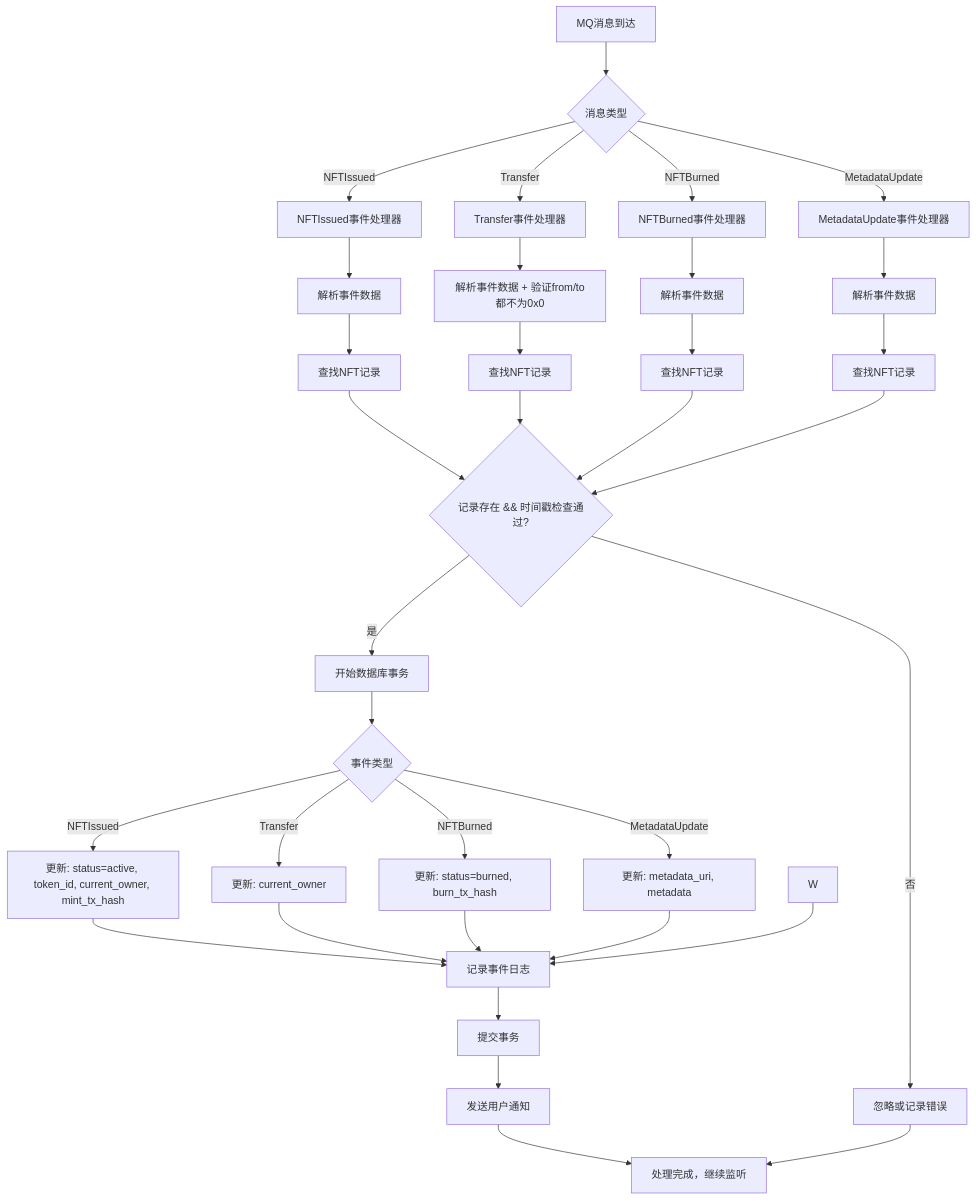
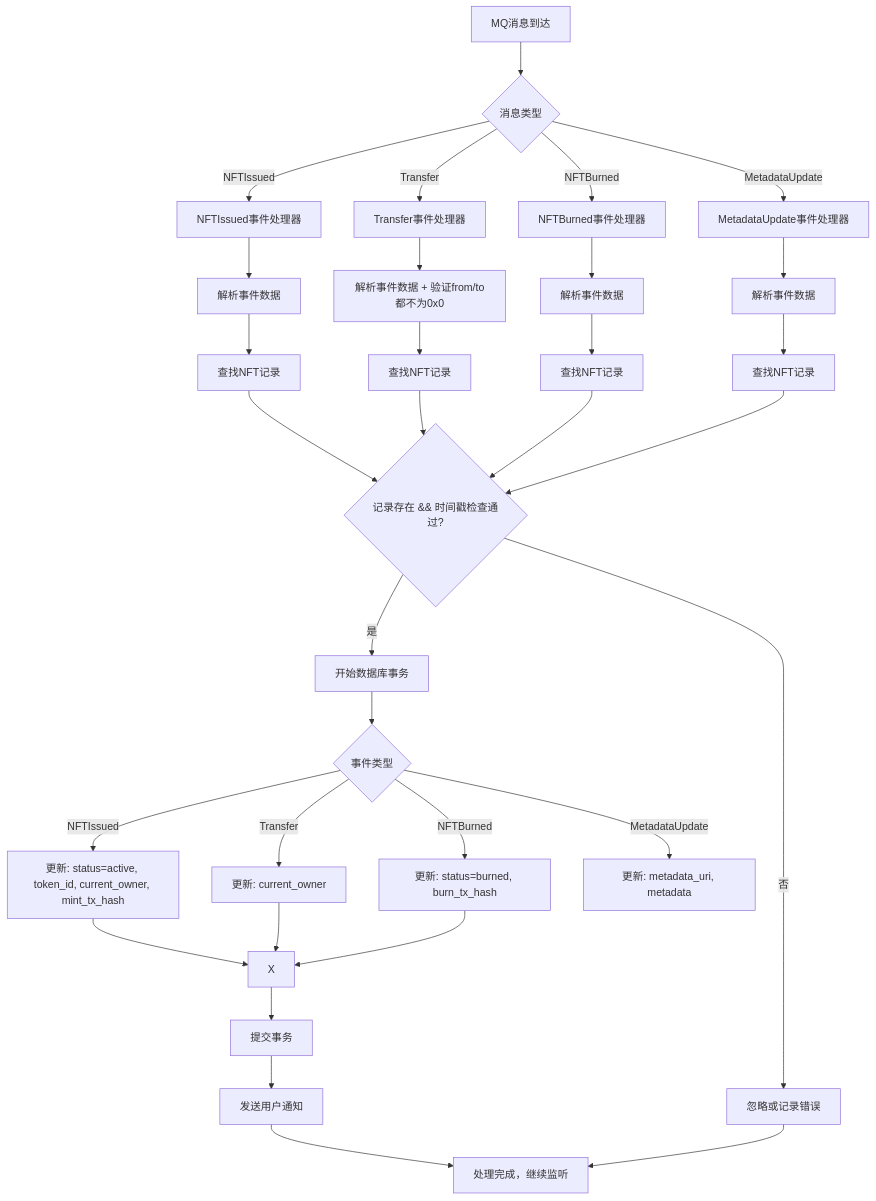
One commit to yingjianzh/iodraw-files changed the diagram in all/未命名-71.md. Above: the diagram before and after it, drawn with Mermaid.

Commit message:
2025-07-03 17:40:51 update

````diff
--- a/all/未命名-71.md
+++ b/all/未命名-71.md
@@ -1,47 +1,46 @@
 ```mermaid
 flowchart TD
     A[MQ消息到达] --> B{消息类型}
     
     %% 四种事件类型
     B -->|NFTIssued| C[NFTIssued事件处理器]
     B -->|Transfer| D[Transfer事件处理器]
     B -->|NFTBurned| E[NFTBurned事件处理器]
     B -->|MetadataUpdate| F[MetadataUpdate事件处理器]
     
     %% 通用处理流程
     C --> G[解析事件数据]
     D --> H[解析事件数据 + 验证from/to都不为0x0]
     E --> I[解析事件数据]
     F --> J[解析事件数据]
     
     G --> K[查找NFT记录]
     H --> L[查找NFT记录]
     I --> M[查找NFT记录]
     J --> N[查找NFT记录]
     
     K --> O{记录存在 && 时间戳检查通过?}
     L --> O
     M --> O
     N --> O
     
     O -->|否| P[忽略或记录错误]
     O -->|是| Q[开始数据库事务]
     
     Q --> R{事件类型}
     R -->|NFTIssued| S[更新: status=active, token_id, current_owner, mint_tx_hash]
     R -->|Transfer| T[更新: current_owner]
     R -->|NFTBurned| U[更新: status=burned, burn_tx_hash]
     R -->|MetadataUpdate| V[更新: metadata_uri, metadata]
     
     S --> X
     T --> X
     U --> X
-    V --> X[记录事件日志]
     
-    W --> X
+    
     X --> Y[提交事务]
     Y --> Z[发送用户通知]
     Z --> AA[处理完成，继续监听]
     
     P --> AA
 ```
````
